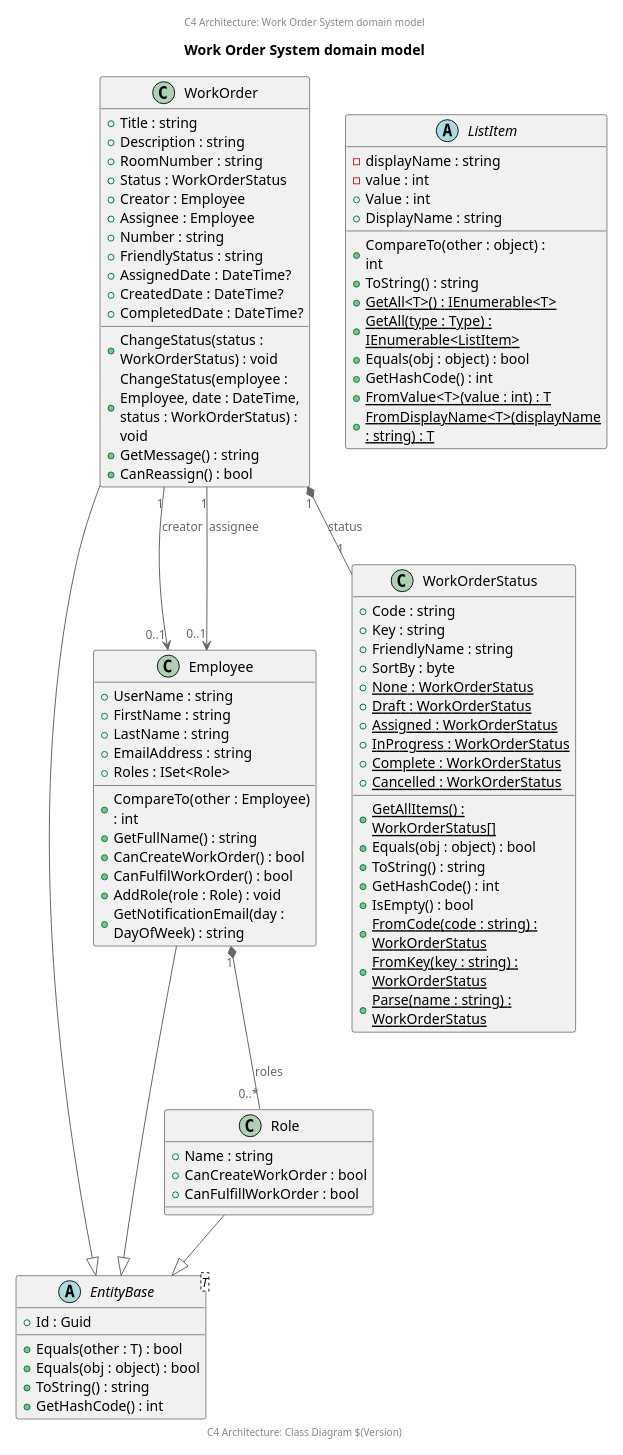
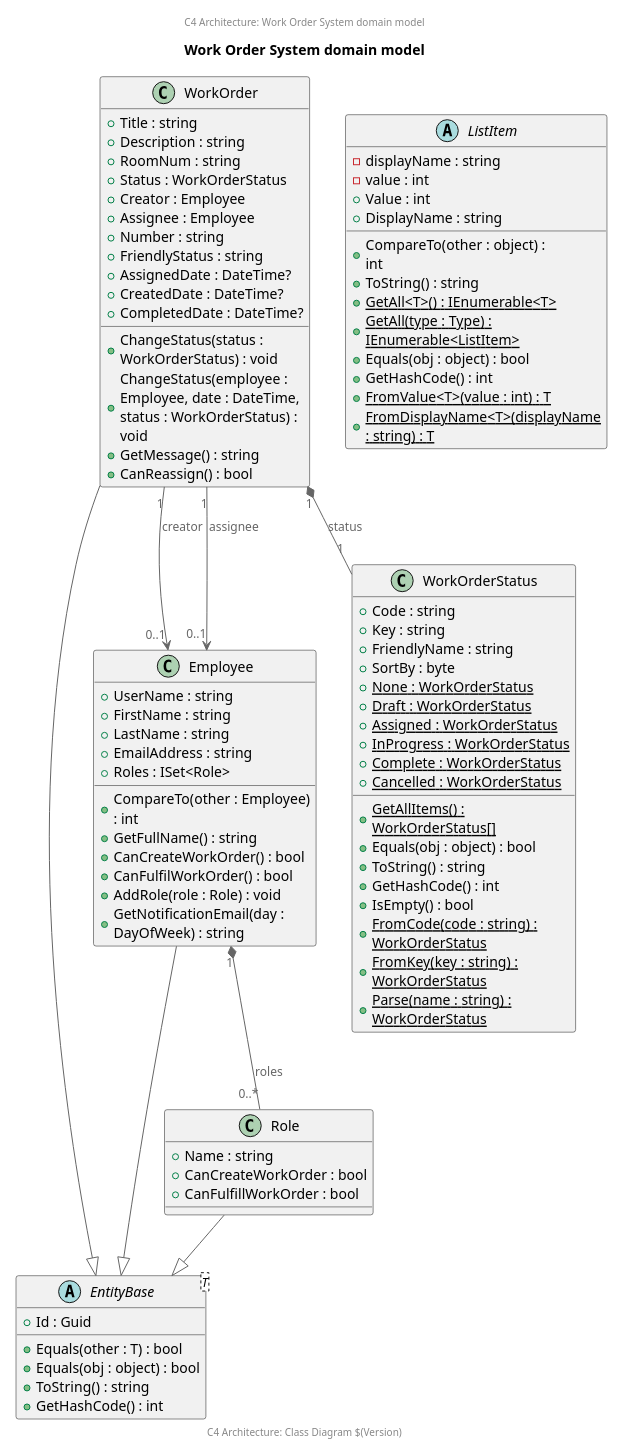
Before and after one commit to ClearMeasureLabs/bootcamp-palermo-workorders: the diagram in arch/arch-c4-class-domain-model.puml, drawn with PlantUML. The commit also changed 16 other files, not shown here.

Commit message:
Rename WorkOrder.RoomNumber to WorkOrder.RoomNum

```diff
--- a/arch/arch-c4-class-domain-model.puml
+++ b/arch/arch-c4-class-domain-model.puml
@@ -1,109 +1,109 @@
 @startuml
 
 scale 2/3
 'left to right direction
 center header
     C4 Architecture: Work Order System domain model
 endheader
 
 !includeurl https://raw.githubusercontent.com/RicardoNiepel/C4-PlantUML/master/C4_Component.puml
 
 title Work Order System domain model
 
 abstract class EntityBase<T> {
   +Id : Guid
   +Equals(other : T) : bool
   +Equals(obj : object) : bool
   +ToString() : string
   +GetHashCode() : int
 }
 
 class WorkOrder {
   +Title : string
   +Description : string
-  +RoomNumber : string
+  +RoomNum : string
   +Status : WorkOrderStatus
   +Creator : Employee
   +Assignee : Employee
   +Number : string
   +FriendlyStatus : string
   +AssignedDate : DateTime?
   +CreatedDate : DateTime?
   +CompletedDate : DateTime?
   +ChangeStatus(status : WorkOrderStatus) : void
   +ChangeStatus(employee : Employee, date : DateTime, status : WorkOrderStatus) : void
   +GetMessage() : string
   +CanReassign() : bool
 }
 
 class Employee {
   +UserName : string
   +FirstName : string
   +LastName : string
   +EmailAddress : string
   +Roles : ISet<Role>
   +CompareTo(other : Employee) : int
   +GetFullName() : string
   +CanCreateWorkOrder() : bool
   +CanFulfilWorkOrder() : bool
   +AddRole(role : Role) : void
   +GetNotificationEmail(day : DayOfWeek) : string
 }
 
 class WorkOrderStatus {
   +Code : string
   +Key : string
   +FriendlyName : string
   +SortBy : byte
   {static} +None : WorkOrderStatus
   {static} +Draft : WorkOrderStatus
   {static} +Assigned : WorkOrderStatus
   {static} +InProgress : WorkOrderStatus
   {static} +Complete : WorkOrderStatus
   {static} +Cancelled : WorkOrderStatus
   {static} +GetAllItems() : WorkOrderStatus[]
   +Equals(obj : object) : bool
   +ToString() : string
   +GetHashCode() : int
   +IsEmpty() : bool
   {static} +FromCode(code : string) : WorkOrderStatus
   {static} +FromKey(key : string) : WorkOrderStatus
   {static} +Parse(name : string) : WorkOrderStatus
 }
 
 class Role {
   +Name : string
   +CanCreateWorkOrder : bool
   +CanFulfillWorkOrder : bool
 }
 
 abstract class ListItem {
   -displayName : string
   -value : int
   +Value : int
   +DisplayName : string
   +CompareTo(other : object) : int
   +ToString() : string
   {static} +GetAll<T>() : IEnumerable<T>
   {static} +GetAll(type : Type) : IEnumerable<ListItem>
   +Equals(obj : object) : bool
   +GetHashCode() : int
   {static} +FromValue<T>(value : int) : T
   {static} +FromDisplayName<T>(displayName : string) : T
 }
 
 ' Inheritance relationships
 WorkOrder --|> EntityBase
 Employee --|> EntityBase
 Role --|> EntityBase
 
 ' Associations
 WorkOrder "1" *-- "1" WorkOrderStatus : status
 WorkOrder "1" --> "0..1" Employee : creator
 WorkOrder "1" --> "0..1" Employee : assignee
 Employee "1" *-- "0..*" Role : roles
 
 center footer
     C4 Architecture: Class Diagram $(Version)
 endfooter
 @enduml
```
